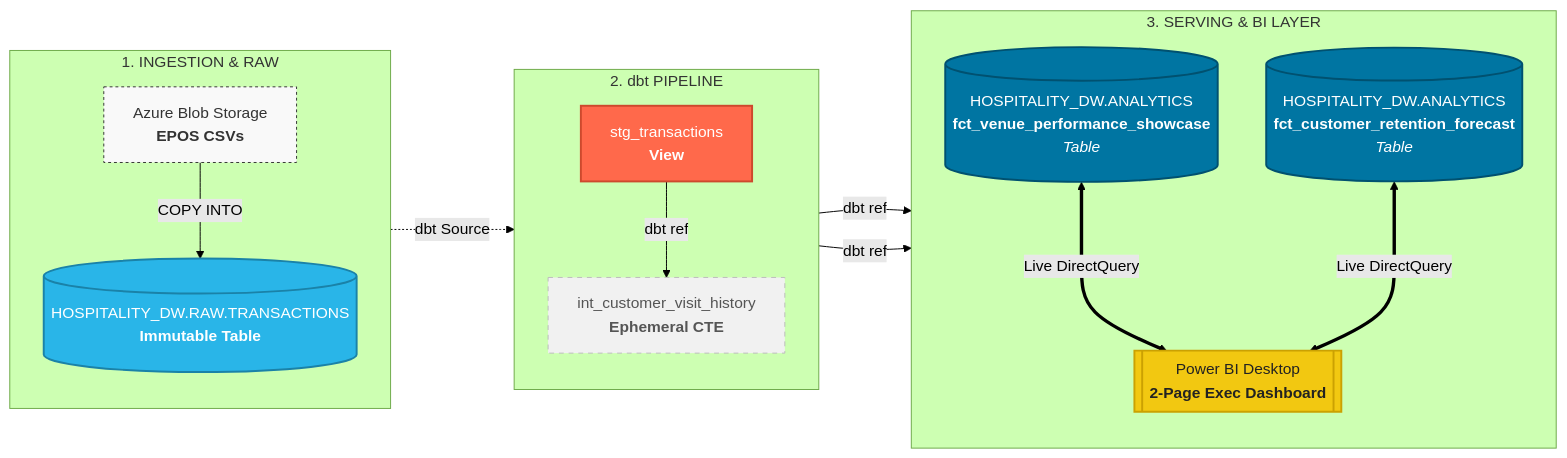
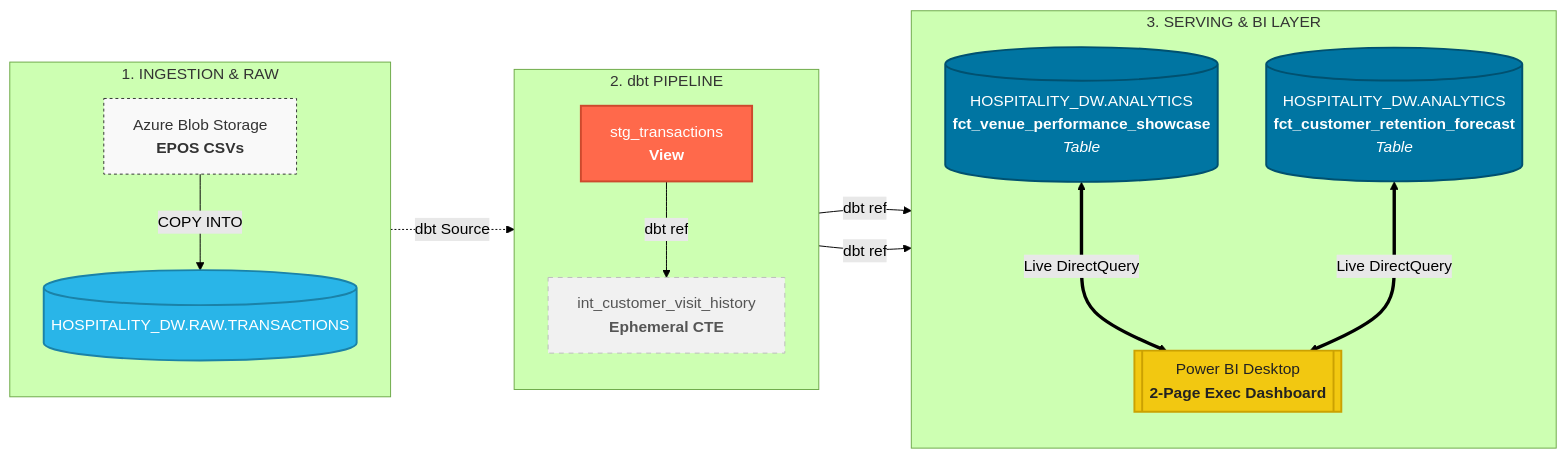
One commit to Tanyamber/hospitality-epos-data-pipeline changed the diagram in README.md. Above: the diagram before and after it, drawn with Mermaid (forest theme). The commit also changed other lines of this file and 1 other file, not shown here.

Commit message:
Updates in Readme and Journal

````diff
--- a/README.md
+++ b/README.md
@@ -31,37 +31,38 @@
 ```mermaid
 flowchart LR
     %% Define Styles for visual elegance
     classDef storage fill:#f9f9f9,stroke:#333,stroke-width:1px,stroke-dasharray: 3 3,color:#333;
     classDef raw fill:#29B5E8,stroke:#1a82a8,stroke-width:2px,color:#fff;
     classDef dbt fill:#FF694B,stroke:#cd492d,stroke-width:2px,color:#fff;
     classDef ephemeral fill:#f1f1f1,stroke:#bcbcbc,stroke-width:1px,stroke-dasharray: 5 5,color:#555;
     classDef analytics fill:#0075A2,stroke:#005170,stroke-width:2px,color:#fff;
     classDef bi fill:#F2C811,stroke:#cba102,stroke-width:2px,color:#222;
 
     %% Column 1: Raw / Ingestion
     subgraph Ingestion ["1. INGESTION & RAW"]
         direction TB
         A[Azure Blob Storage<br/><b>EPOS CSVs</b>]:::storage
-        A -->|COPY INTO| B[(HOSPITALITY_DW.RAW.TRANSACTIONS<br/><b>Immutable Table</b>)]:::raw
+        A -->|COPY INTO| B[(HOSPITALITY_DW.RAW.TRANSACTIONS)]:::raw
     end
 
     %% Column 2: Transformation
     subgraph pipeline ["2. dbt PIPELINE"]
         direction TB
         C[stg_transactions<br/><b>View</b>]:::dbt
-        C -->|dbt ref| D[int_customer_visit_history<br/><b>Ephemeral CTE</b>]:::ephemeral
+        D[int_customer_visit_history<br/><b>Ephemeral CTE</b>]:::ephemeral
+        C -->|dbt ref| D
     end
 
     %% Column 3: Serving & Analytics
     subgraph Serving ["3. SERVING & BI LAYER"]
         direction TB
         E1[(HOSPITALITY_DW.ANALYTICS<br/><b>fct_venue_performance_showcase</b><br/><i>Table</i>)]:::analytics
         E2[(HOSPITALITY_DW.ANALYTICS<br/><b>fct_customer_retention_forecast</b><br/><i>Table</i>)]:::analytics
         
         E1 & E2 <===>|Live DirectQuery| F[[Power BI Desktop<br/><b>2-Page Exec Dashboard</b>]]:::bi
     end
 
     B -.->|dbt Source| C
-    D -->|dbt ref| E1
+    C -->|dbt ref| E1
     D -->|dbt ref| E2
 ```
````
